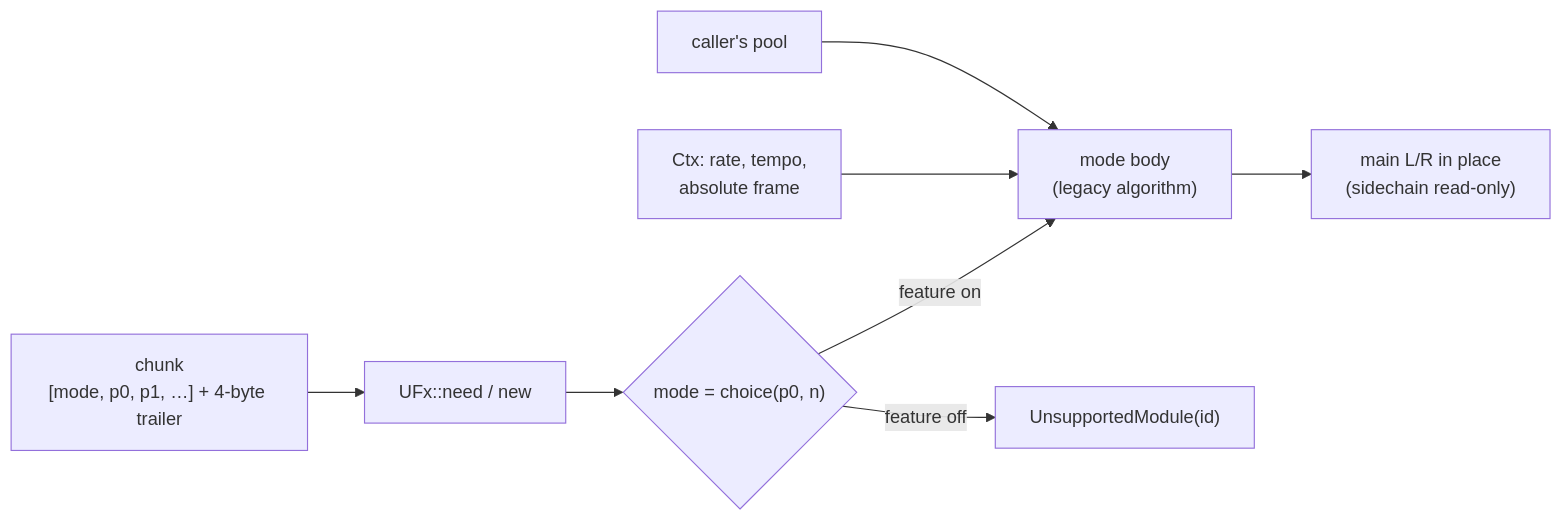
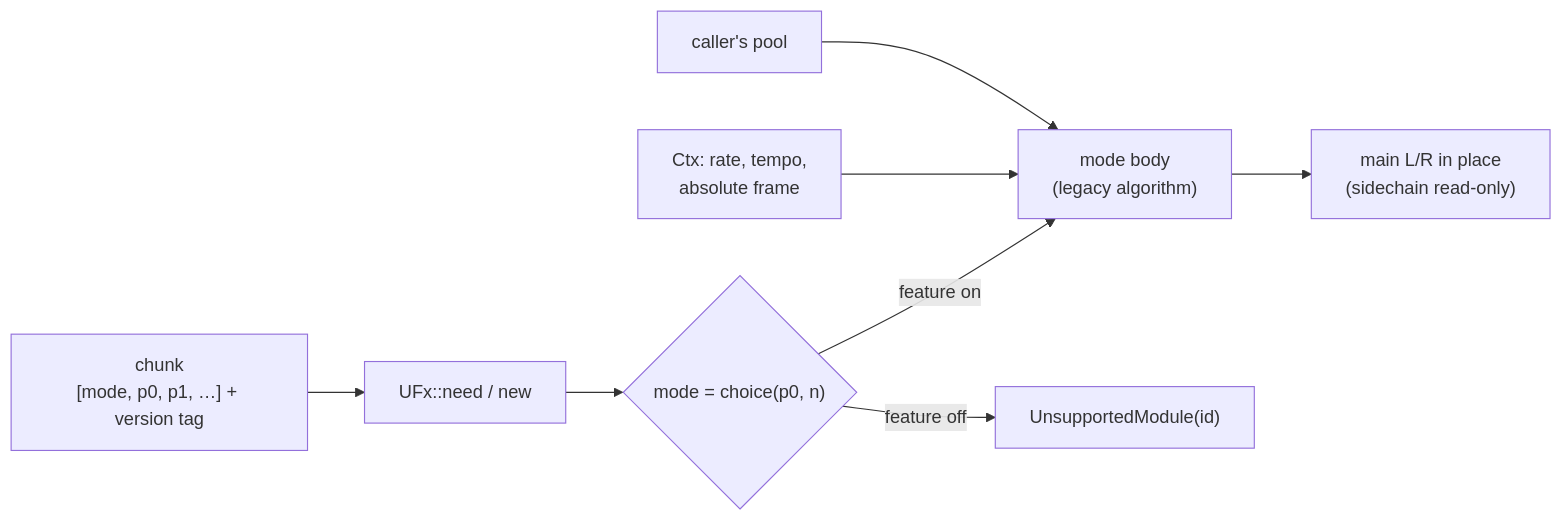
Diagram 13 of 16 in docs/synth/unisynth.md (unisynth/unisynth), drawn with Mermaid before and after one commit. The commit also changed other lines of this file and 496 other files, not shown here.

````diff
--- a/docs/synth/unisynth.md
+++ b/docs/synth/unisynth.md
@@ -1034,10 +1068,10 @@
 ```mermaid
 flowchart LR
-    chunk["chunk<br/>[mode, p0, p1, …] + 4-byte trailer"] --> ufx["UFx::need / new"]
+    chunk["chunk<br/>[mode, p0, p1, …] + version tag"] --> ufx["UFx::need / new"]
     ufx --> pick{"mode = choice(p0, n)"}
     pick -->|feature on| mode["mode body<br/>(legacy algorithm)"]
     pick -->|feature off| err["UnsupportedModule(id)"]
     mode --> io["main L/R in place<br/>(sidechain read-only)"]
     ctx["Ctx: rate, tempo,<br/>absolute frame"] --> mode
     pool["caller's pool"] --> mode
 ```
````
